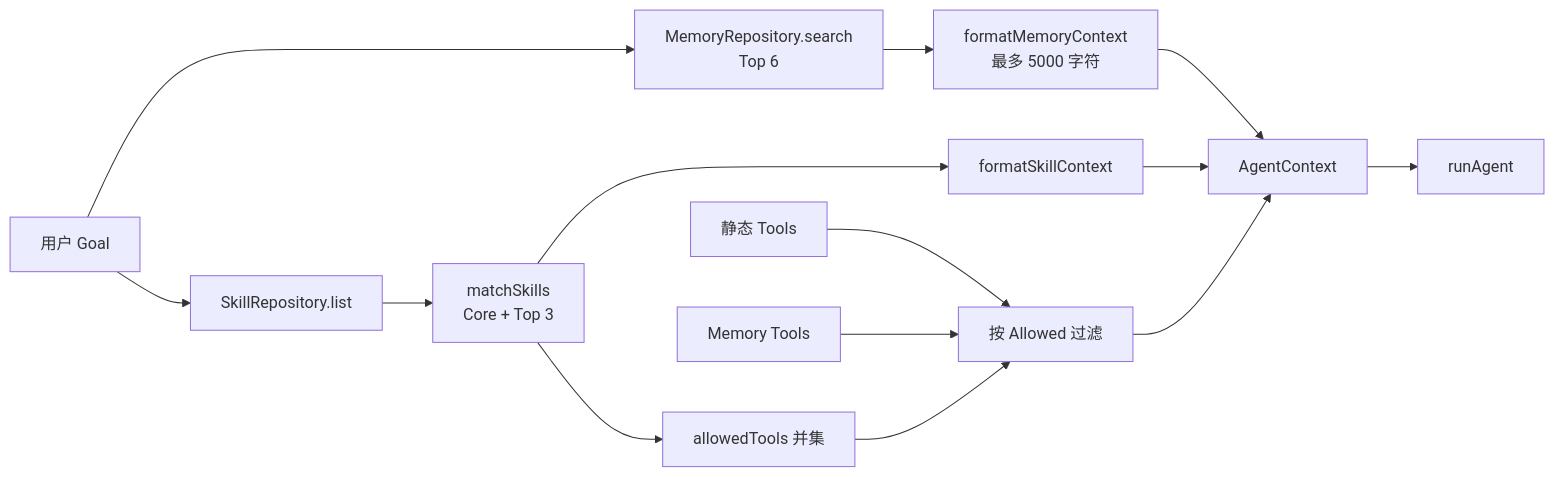
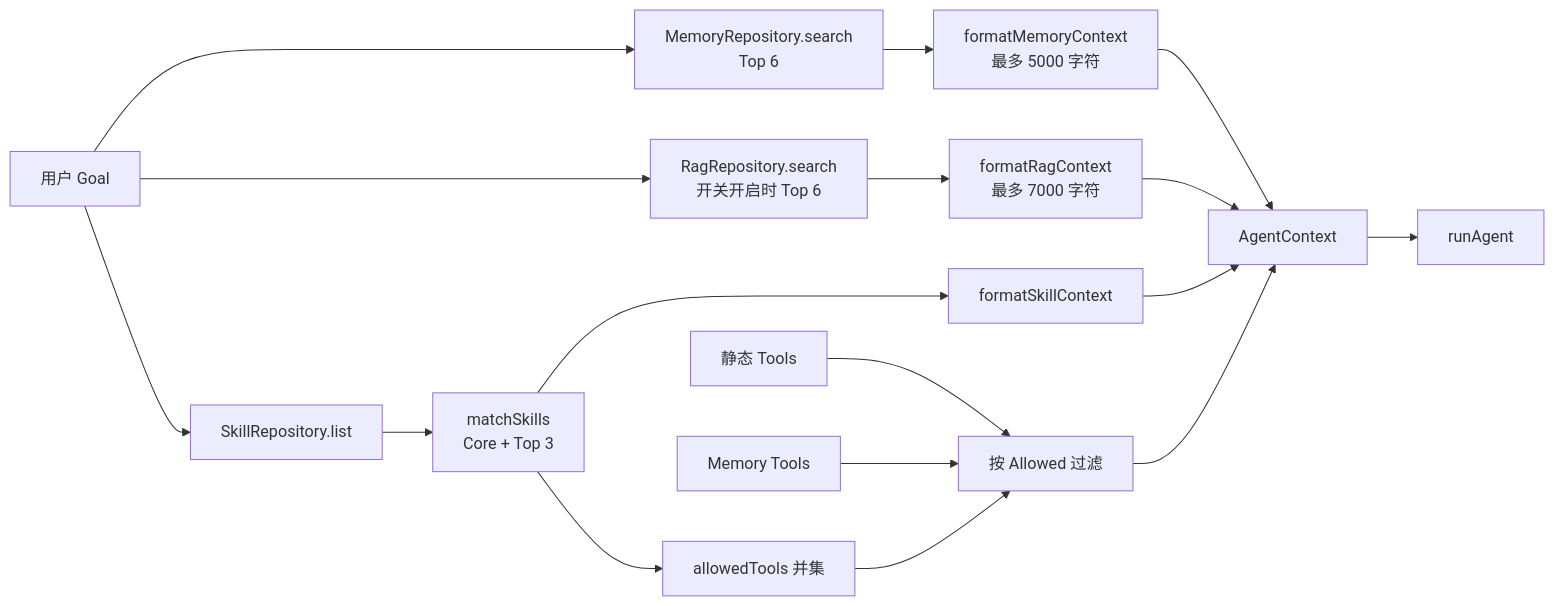
Before and after one commit to lijiajia96/llm-local: the fifth of 17 diagrams in ARCHITECTURE.md, drawn with Mermaid. The commit also changed other lines of this file and 28 other files, not shown here.

````diff
--- a/ARCHITECTURE.md
+++ b/ARCHITECTURE.md
@@ -233,23 +255,26 @@
 ```mermaid
 flowchart LR
     Goal[用户 Goal]
 
     Goal --> MemorySearch[MemoryRepository.search<br/>Top 6]
+    Goal --> RagSearch[RagRepository.search<br/>开关开启时 Top 6]
     Goal --> SkillList[SkillRepository.list]
 
     MemorySearch --> MemoryPrompt[formatMemoryContext<br/>最多 5000 字符]
+    RagSearch --> RagPrompt[formatRagContext<br/>最多 7000 字符]
     SkillList --> Match[matchSkills<br/>Core + Top 3]
     Match --> SkillPrompt[formatSkillContext]
     Match --> Allowed[allowedTools 并集]
 
     StaticTools[静态 Tools]
     DynamicTools[Memory Tools]
     StaticTools --> Filter[按 Allowed 过滤]
     DynamicTools --> Filter
     Allowed --> Filter
 
     MemoryPrompt --> Context[AgentContext]
+    RagPrompt --> Context
     SkillPrompt --> Context
     Filter --> Context
     Context --> Runner[runAgent]
 ```
````
